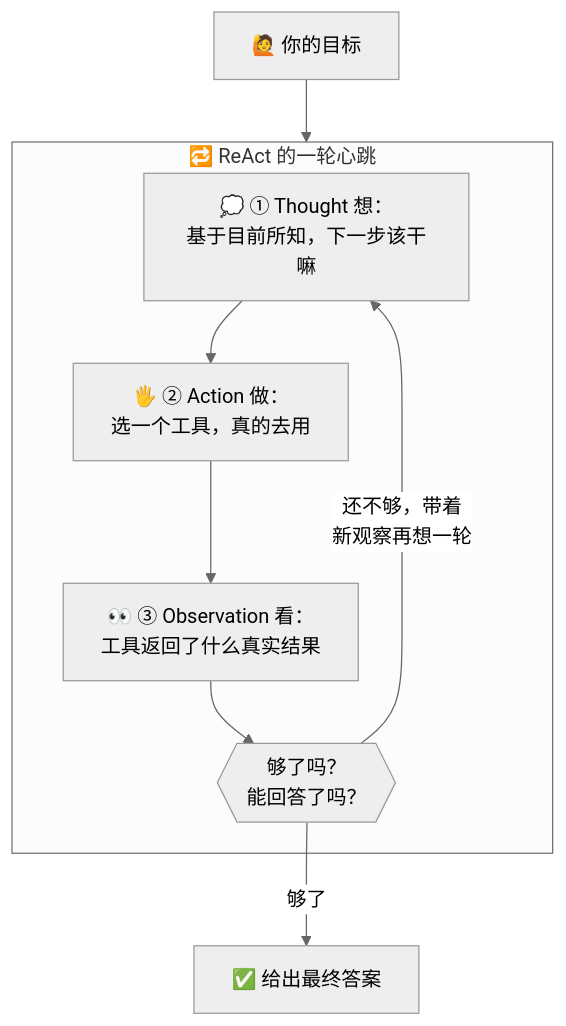
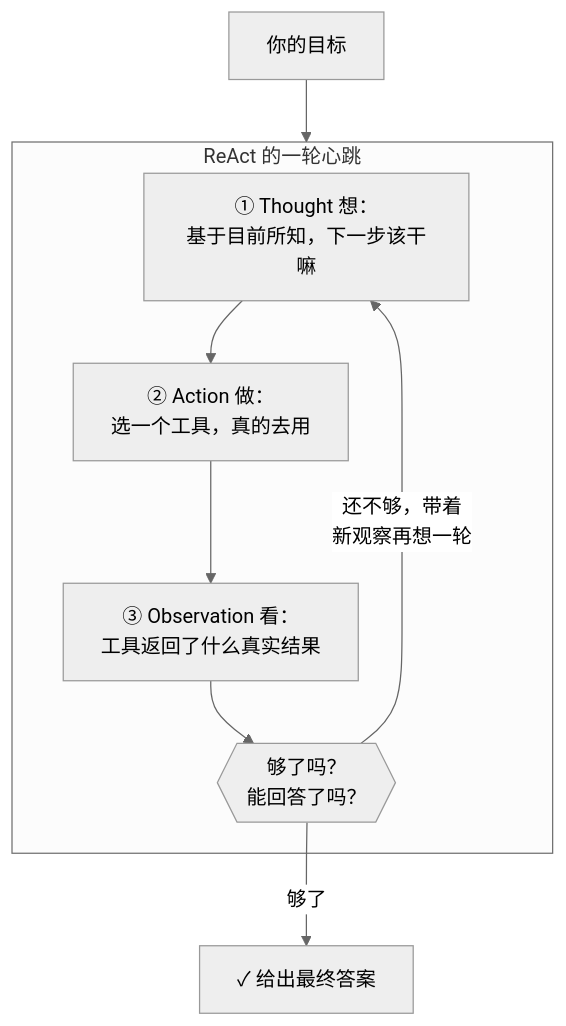
Before and after one commit to luckykhy/KhyAiHub: the third of 6 diagrams in docs/02_CONCEPTS_概念入门/CONCEPT/[CONCEPT-19] 什么是ReAct-智能体推理模式.md, drawn with Mermaid (neutral theme). The commit also changed other lines of this file and 19 other files, not shown here.

````diff
--- a/docs/02_CONCEPTS_概念入门/CONCEPT/[CONCEPT-19] 什么是ReAct-智能体推理模式.md
+++ b/docs/02_CONCEPTS_概念入门/CONCEPT/[CONCEPT-19] 什么是ReAct-智能体推理模式.md
@@ -96,11 +96,11 @@
 ```mermaid
 flowchart TB
-  START["🙋 你的目标"] --> LOOP
-  subgraph LOOP["🔁 ReAct 的一轮心跳"]
-    THINK["💭 ① Thought 想：<br/>基于目前所知，下一步该干嘛"] --> ACT["🖐️ ② Action 做：<br/>选一个工具，真的去用"]
-    ACT --> OBS["👀 ③ Observation 看：<br/>工具返回了什么真实结果"]
+  START["你的目标"] --> LOOP
+  subgraph LOOP["ReAct 的一轮心跳"]
+    THINK["① Thought 想：<br/>基于目前所知，下一步该干嘛"] --> ACT["② Action 做：<br/>选一个工具，真的去用"]
+    ACT --> OBS["③ Observation 看：<br/>工具返回了什么真实结果"]
     OBS --> CHECK{{"够了吗？<br/>能回答了吗？"}}
     CHECK -->|"还不够，带着<br/>新观察再想一轮"| THINK
   end
-  CHECK -->|"够了"| ANSWER["✅ 给出最终答案"]
+  CHECK -->|"够了"| ANSWER["✓ 给出最终答案"]
 ```
````
